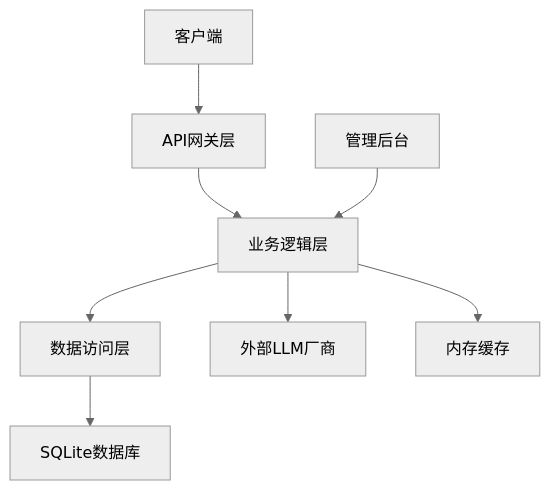
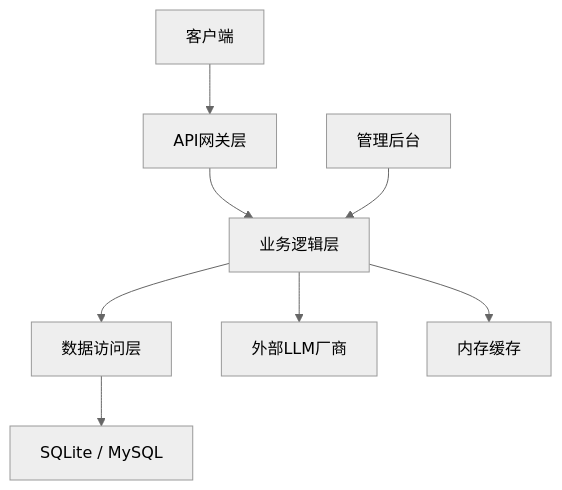
The first of 5 diagrams in tech-doc.md (wang001/codingPlanShare), drawn with Mermaid (neutral theme) before and after one commit. The commit also changed other lines of this file, not shown here.

````diff
--- a/tech-doc.md
+++ b/tech-doc.md
@@ -19,10 +19,10 @@
 ```mermaid
 flowchart TD
     A[客户端] --> B[API网关层]
     B --> C[业务逻辑层]
     C --> D[数据访问层]
     C --> E[外部LLM厂商]
-    D --> F[SQLite数据库]
+    D --> F[SQLite / MySQL]
     C --> G[内存缓存]
     H[管理后台] --> C
 ```
````
